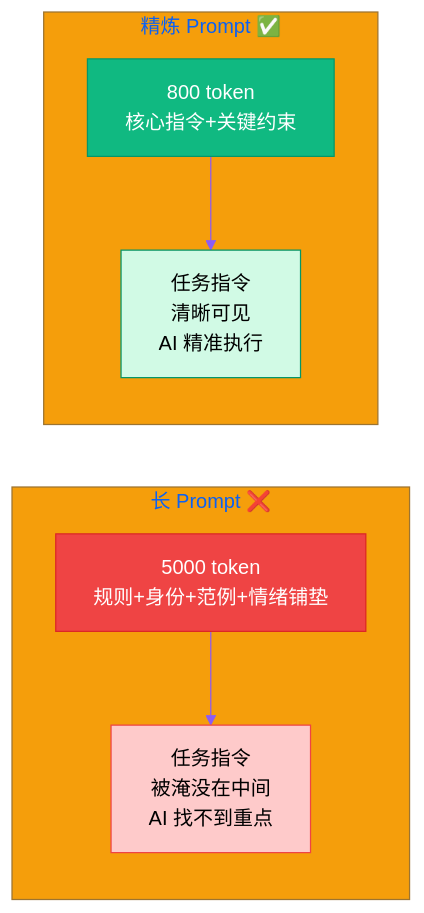
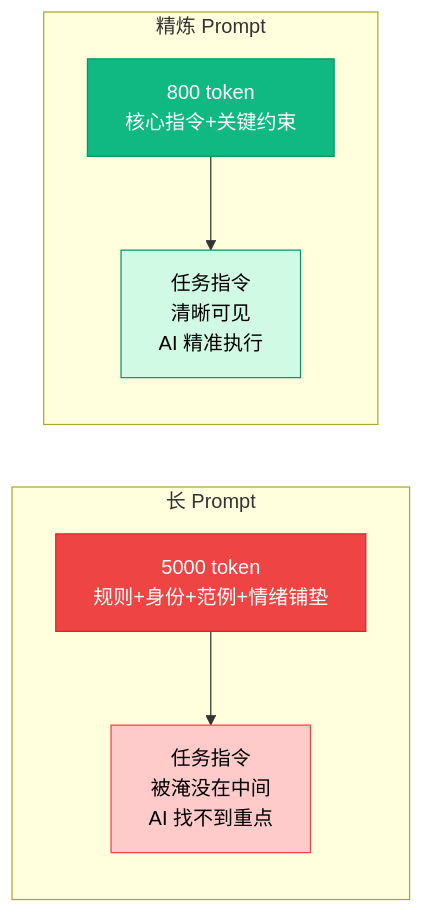
The first of 2 diagrams in posts/yason-and-roberts/zh/ch20.md (VokoForge/ai-prism), drawn with Mermaid before and after one commit. The commit also changed other lines of this file and 31 other files, not shown here.

First line of the commit message:
✨ Rewrite all articles: hook titles, Mermaid diagrams, engaging style

````diff
--- a/posts/yason-and-roberts/zh/ch20.md
+++ b/posts/yason-and-roberts/zh/ch20.md
@@ -44,16 +44,15 @@
 ```mermaid
-%%{init: {'theme': 'base', 'themeVariables': {'primaryColor': '#6366f1','primaryTextColor': '#fff','primaryBorderColor': '#4f46e5','lineColor': '#8b5cf6','secondaryColor': '#ec4899','tertiaryColor': '#f59e0b'}}}%%
 graph LR
-    subgraph "长 Prompt ❌"
+    subgraph "长 Prompt"
         L1["5000 token<br>规则+身份+范例+情绪铺垫"] --> L2["任务指令<br>被淹没在中间<br>AI 找不到重点"]
     end
 
-    subgraph "精炼 Prompt ✅"
+    subgraph "精炼 Prompt"
         S1["800 token<br>核心指令+关键约束"] --> S2["任务指令<br>清晰可见<br>AI 精准执行"]
     end
 
     style L1 fill:#ef4444,stroke:#dc2626,color:#fff
     style L2 fill:#fecaca,stroke:#ef4444,color:#000
     style S1 fill:#10b981,stroke:#059669,color:#fff
     style S2 fill:#d1fae5,stroke:#059669,color:#000
 ```
````
